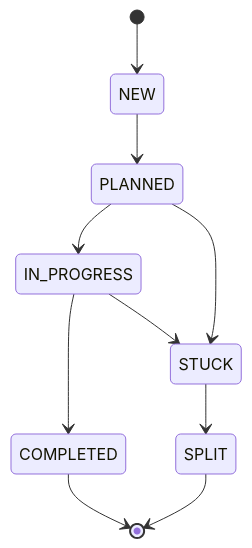
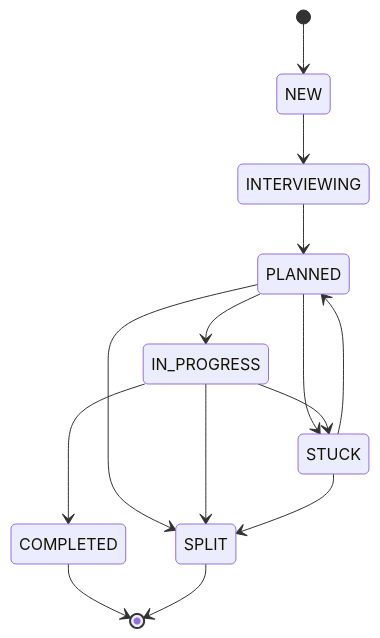
One commit to vx-daniel/barf-ts changed the diagram in README.md. Above: the diagram before and after it, drawn with Mermaid. The commit also changed other lines of this file and 3 other files, not shown here.

````diff
--- a/README.md
+++ b/README.md
@@ -81,12 +90,16 @@
 ```mermaid
 stateDiagram-v2
     [*] --> NEW
-    NEW --> PLANNED
+    NEW --> INTERVIEWING
+    INTERVIEWING --> PLANNED
     PLANNED --> IN_PROGRESS
+    PLANNED --> STUCK
+    PLANNED --> SPLIT
     IN_PROGRESS --> COMPLETED
-    PLANNED --> STUCK
     IN_PROGRESS --> STUCK
+    IN_PROGRESS --> SPLIT
+    STUCK --> PLANNED
     STUCK --> SPLIT
     COMPLETED --> [*]
     SPLIT --> [*]
 ```
````
